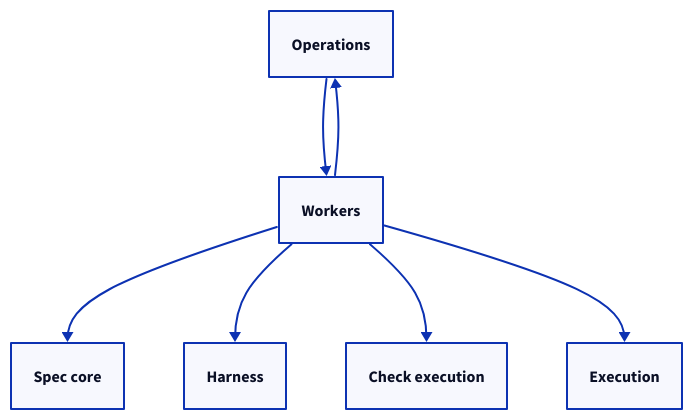
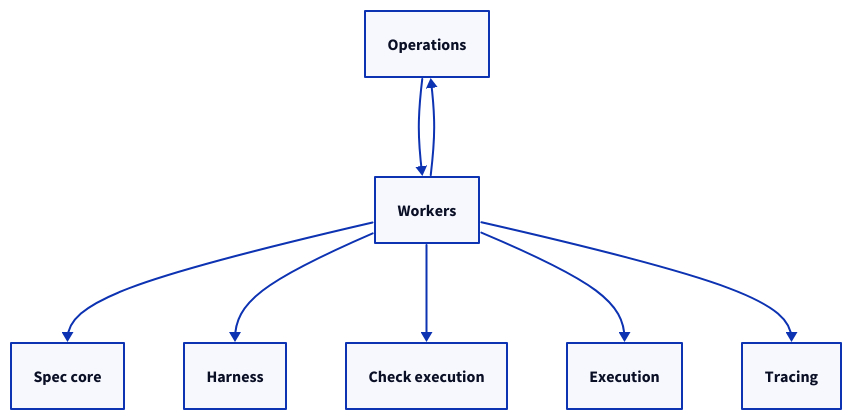
The first of 5 diagrams in specs/concorde/execution/workers/module.md (FTOD/concorde), drawn with D2 before and after one commit. The commit also changed other lines of this file and 15 other files, not shown here.

````diff
--- a/specs/concorde/execution/workers/module.md
+++ b/specs/concorde/execution/workers/module.md
@@ -172,14 +178,16 @@
 ```d2
 operations: Operations
 workers: Workers
 spec: Spec core
 harness: Harness
 checks: Check execution
 execution: Execution
+tracing: Tracing
 operations -> workers
 workers -> spec
 workers -> harness
 workers -> checks
 workers -> execution
+workers -> tracing
 workers -> operations
 ```
````
